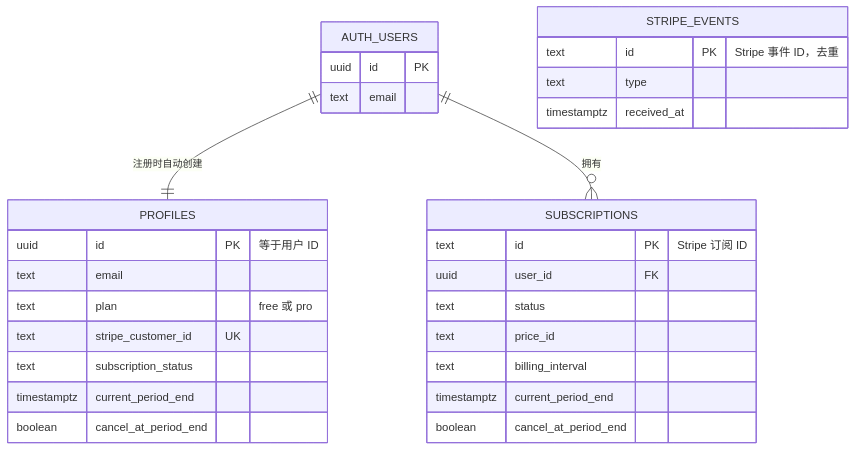
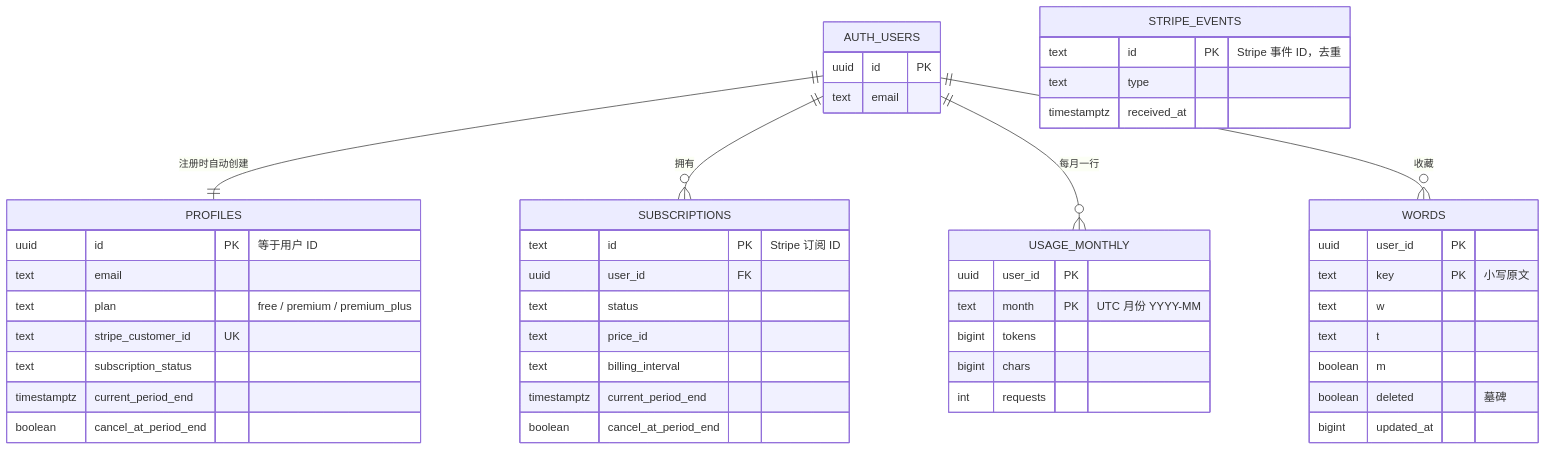
One commit to pandatalk8/glimmer changed diagram 12 of 12 in docs/architecture.md. Above: the diagram before and after it, drawn with Mermaid. The commit also changed other lines of this file and 37 other files, not shown here.

````diff
--- a/docs/architecture.md
+++ b/docs/architecture.md
@@ -456,32 +474,50 @@
 ```mermaid
 erDiagram
   AUTH_USERS ||--|| PROFILES : "注册时自动创建"
   AUTH_USERS ||--o{ SUBSCRIPTIONS : "拥有"
+  AUTH_USERS ||--o{ USAGE_MONTHLY : "每月一行"
+  AUTH_USERS ||--o{ WORDS : "收藏"
   AUTH_USERS {
     uuid id PK
     text email
   }
   PROFILES {
     uuid id PK "等于用户 ID"
     text email
-    text plan "free 或 pro"
+    text plan "free / premium / premium_plus"
     text stripe_customer_id UK
     text subscription_status
     timestamptz current_period_end
     boolean cancel_at_period_end
   }
   SUBSCRIPTIONS {
     text id PK "Stripe 订阅 ID"
     uuid user_id FK
     text status
     text price_id
     text billing_interval
     timestamptz current_period_end
     boolean cancel_at_period_end
   }
   STRIPE_EVENTS {
     text id PK "Stripe 事件 ID，去重"
     text type
     timestamptz received_at
   }
+  USAGE_MONTHLY {
+    uuid user_id PK
+    text month PK "UTC 月份 YYYY-MM"
+    bigint tokens
+    bigint chars
+    int requests
+  }
+  WORDS {
+    uuid user_id PK
+    text key PK "小写原文"
+    text w
+    text t
+    boolean m
+    boolean deleted "墓碑"
+    bigint updated_at
+  }
 ```
````
